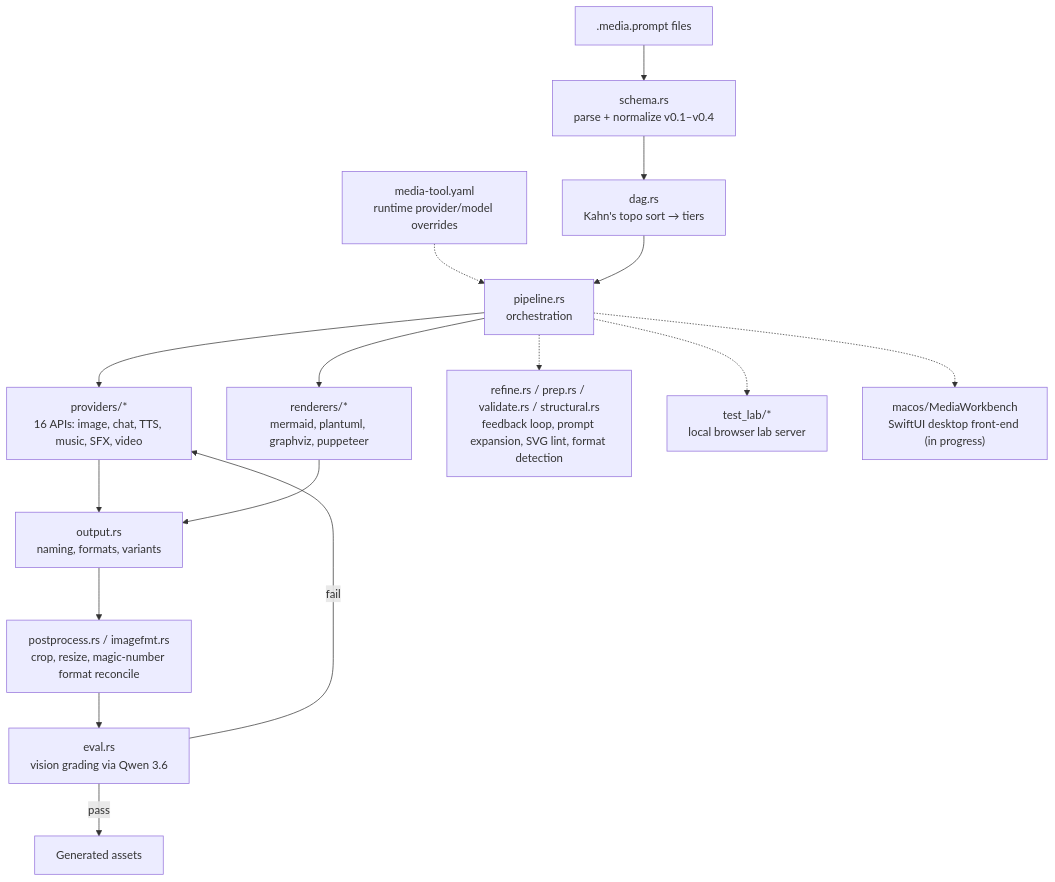
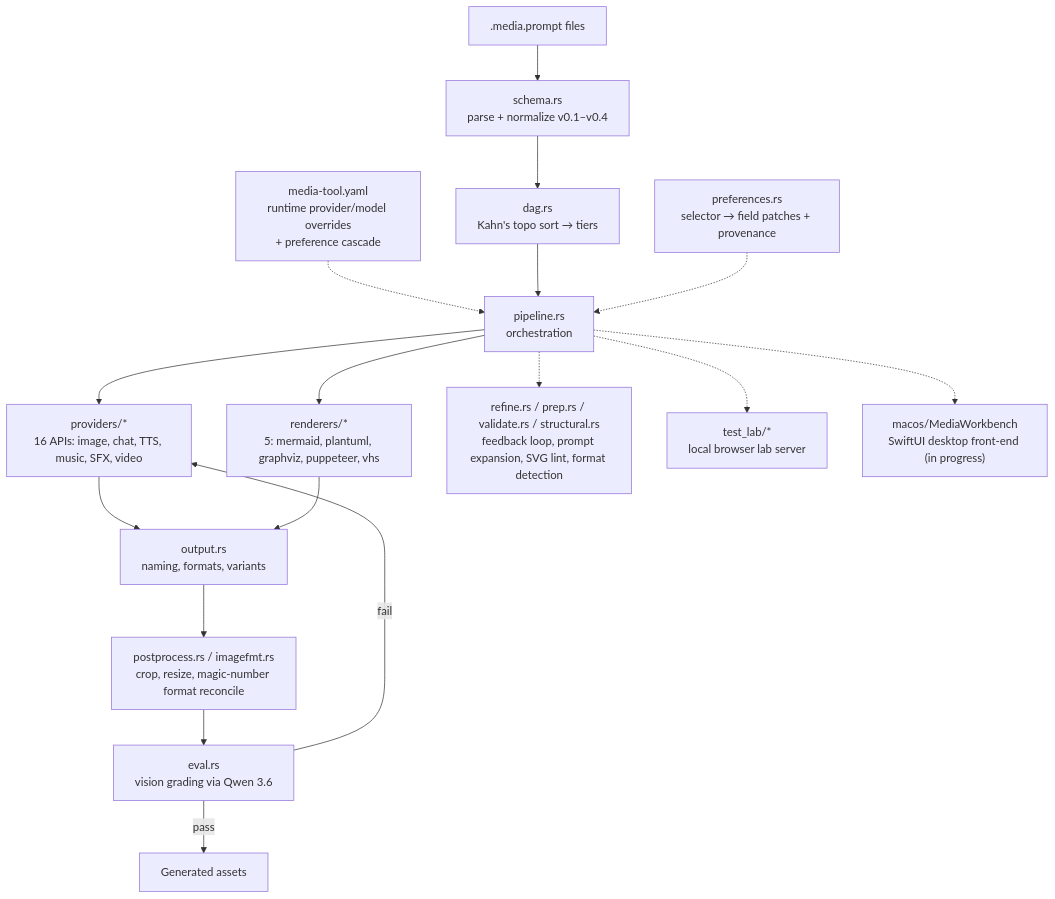
Before and after one commit to the-robot-lives/media-tools: the diagram in docs/PROJ-ARCH.md, drawn with Mermaid. The commit also changed other lines of this file and 9 other files, not shown here.

First line of the commit message:
docs: doc-sweep 2026-10-26 (layout/arch/schema/threat-model)

````diff
--- a/docs/PROJ-ARCH.md
+++ b/docs/PROJ-ARCH.md
@@ -11,18 +11,19 @@
 ```mermaid
 graph TB
     A[".media.prompt files"] --> B["schema.rs<br/>parse + normalize v0.1–v0.4"]
     B --> C["dag.rs<br/>Kahn's topo sort → tiers"]
-    M["media-tool.yaml<br/>runtime provider/model overrides"] -.-> D
+    M["media-tool.yaml<br/>runtime provider/model overrides<br/>+ preference cascade"] -.-> D
     C --> D["pipeline.rs<br/>orchestration"]
+    P["preferences.rs<br/>selector → field patches + provenance"] -.-> D
     D --> E["providers/*<br/>16 APIs: image, chat, TTS, music, SFX, video"]
-    D --> F["renderers/*<br/>mermaid, plantuml, graphviz, puppeteer"]
+    D --> F["renderers/*<br/>5: mermaid, plantuml, graphviz, puppeteer, vhs"]
     E --> G["output.rs<br/>naming, formats, variants"]
     F --> G
     G --> PP["postprocess.rs / imagefmt.rs<br/>crop, resize, magic-number format reconcile"]
     PP --> H["eval.rs<br/>vision grading via Qwen 3.6"]
     H -->|fail| E
     H -->|pass| I["Generated assets"]
     D -.-> J["refine.rs / prep.rs / validate.rs / structural.rs<br/>feedback loop, prompt expansion, SVG lint, format detection"]
     D -.-> T["test_lab/*<br/>local browser lab server"]
     D -.-> WK["macos/MediaWorkbench<br/>SwiftUI desktop front-end (in progress)"]
 ```
````
